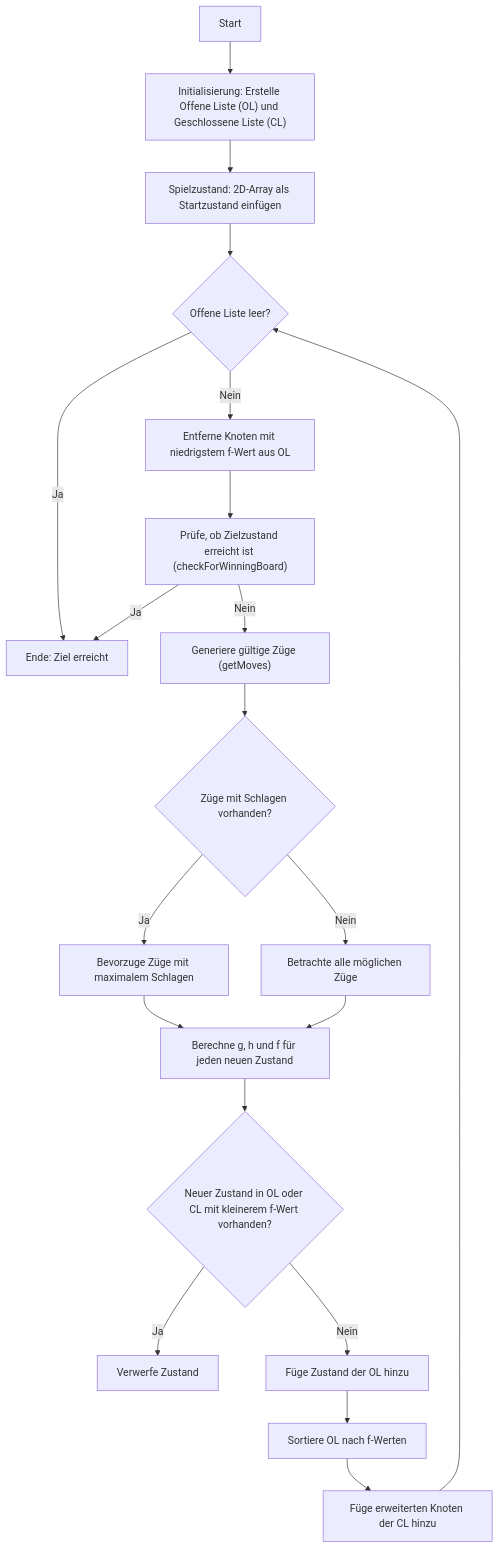
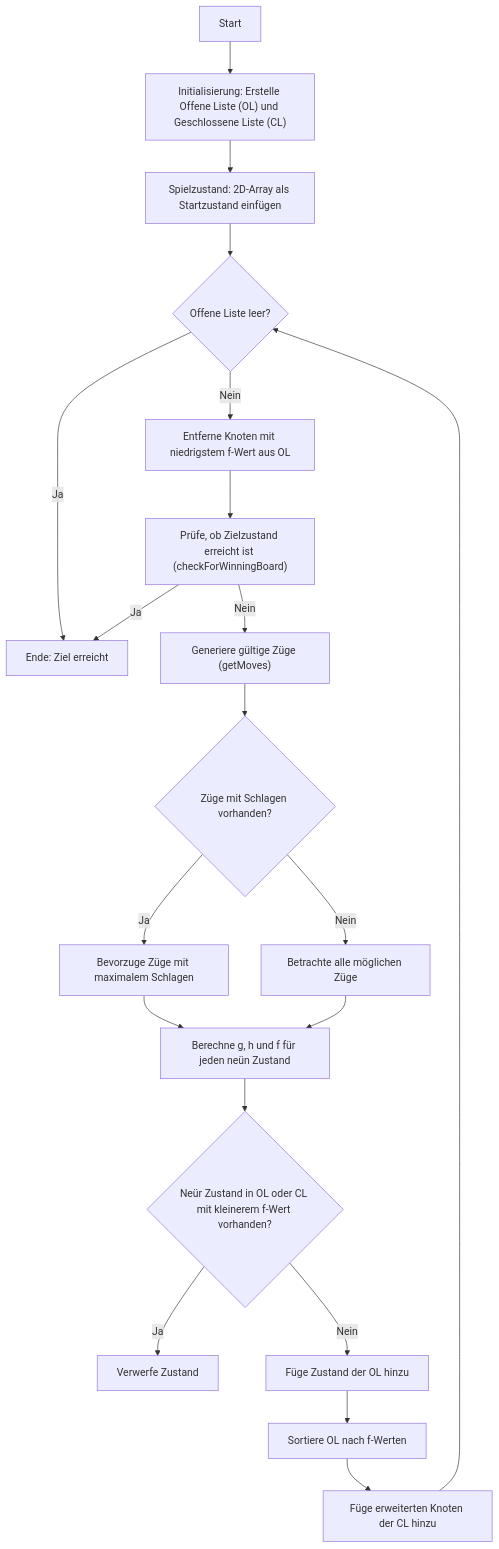
One commit to Lesekater/HAW-KI-Praktika changed the diagram in p1_dokumentation.md. Above: the diagram before and after it, drawn with Mermaid. The commit also changed other lines of this file, not shown here.

````diff
--- a/p1_dokumentation.md
+++ b/p1_dokumentation.md
@@ -100,22 +100,22 @@
 ```mermaid
 flowchart TD
    A[Start] --> B["Initialisierung: Erstelle Offene Liste (OL) und Geschlossene Liste (CL)"]
    B --> C[Spielzustand: 2D-Array als Startzustand einfügen]
    C --> D{Offene Liste leer?}
    D -->|Ja| E[Ende: Kein weiterer Zug möglich]
    D -->|Nein| F[Entferne Knoten mit niedrigstem f-Wert aus OL]
    F --> G["Prüfe, ob Zielzustand erreicht ist (checkForWinningBoard)"]
    G -->|Ja| E[Ende: Ziel erreicht]
    G -->|Nein| H["Generiere gültige Züge (getMoves)"]
    H --> I{Züge mit Schlagen vorhanden?}
    I -->|Ja| J[Bevorzuge Züge mit maximalem Schlagen]
    I -->|Nein| K[Betrachte alle möglichen Züge]
-   J --> L[Berechne g, h und f für jeden neuen Zustand]
-   K --> L[Berechne g, h und f für jeden neuen Zustand]
-   L --> M{Neuer Zustand in OL oder CL mit kleinerem f-Wert vorhanden?}
+   J --> L[Berechne g, h und f für jeden neün Zustand]
+   K --> L[Berechne g, h und f für jeden neün Zustand]
+   L --> M{Neür Zustand in OL oder CL mit kleinerem f-Wert vorhanden?}
    M -->|Ja| N[Verwerfe Zustand]
    M -->|Nein| O[Füge Zustand der OL hinzu]
    O --> P[Sortiere OL nach f-Werten]
    P --> Q[Füge erweiterten Knoten der CL hinzu]
    Q --> D
 ```
````
